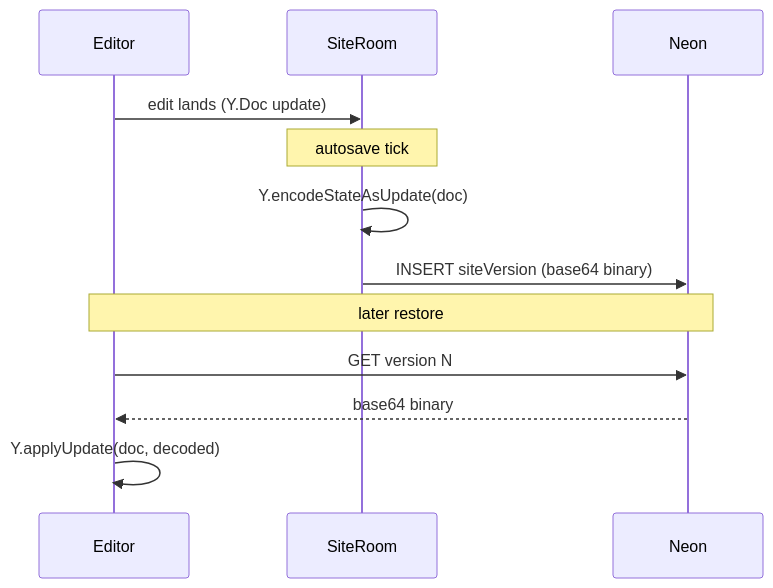
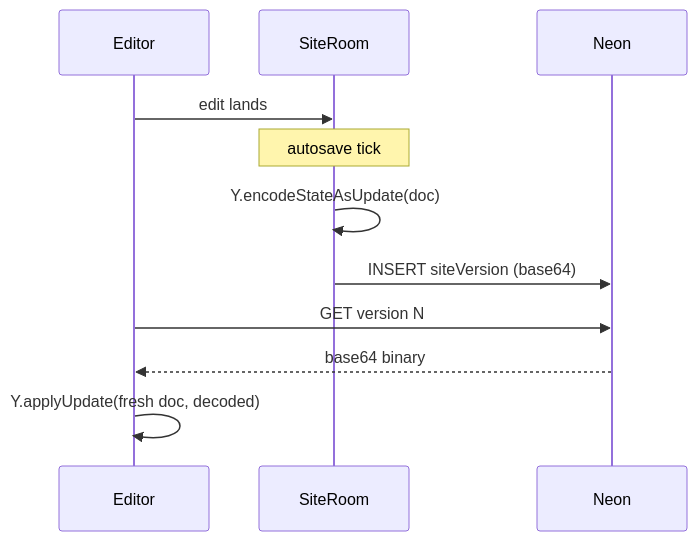
Before and after one commit to aayushman-singh/open-canvas: diagram 15 of 35 in docs/demo/diagrams/live-draw-reference.md, drawn with Mermaid. The commit also changed other lines of this file and 1 other file, not shown here.

````diff
--- a/docs/demo/diagrams/live-draw-reference.md
+++ b/docs/demo/diagrams/live-draw-reference.md
@@ -489,14 +490,13 @@
 ```mermaid
 sequenceDiagram
   participant Editor
   participant SR as SiteRoom
   participant DB as Neon
-  Editor->>SR: edit lands (Y.Doc update)
+  Editor->>SR: edit lands
   Note over SR: autosave tick
   SR->>SR: Y.encodeStateAsUpdate(doc)
-  SR->>DB: INSERT siteVersion (base64 binary)
-  Note over Editor,DB: later restore
+  SR->>DB: INSERT siteVersion (base64)
   Editor->>DB: GET version N
   DB-->>Editor: base64 binary
-  Editor->>Editor: Y.applyUpdate(doc, decoded)
+  Editor->>Editor: Y.applyUpdate(fresh doc, decoded)
 ```
````
